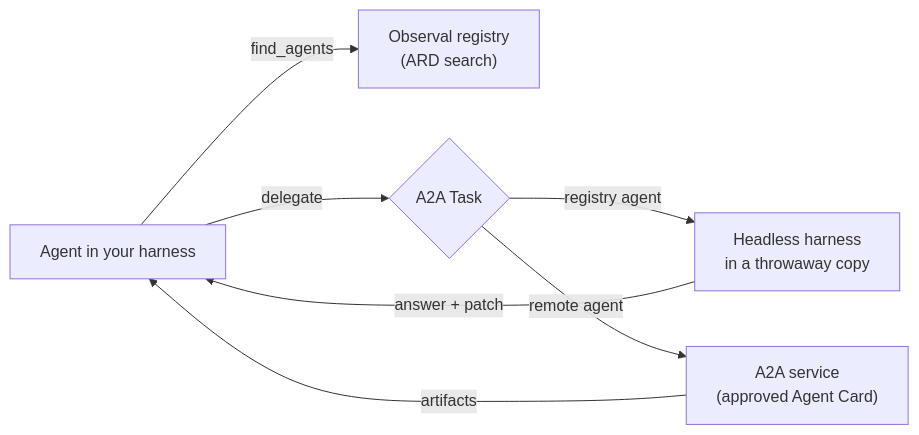
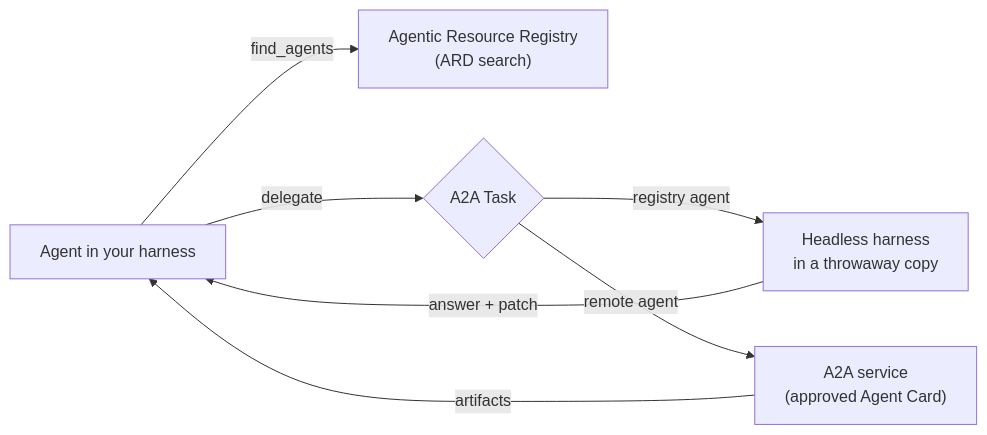
The diagram in README.md (AgenticResourceRegistry/AgenticResourceRegistry), drawn with Mermaid before and after one commit. The commit also changed other lines of this file and 111 other files, not shown here.

````diff
--- a/README.md
+++ b/README.md
@@ -224,9 +234,9 @@
 ```mermaid
 flowchart LR
-    A["Agent in your harness"] -- "find_agents" --> R["Observal registry<br/>(ARD search)"]
+    A["Agent in your harness"] -- "find_agents" --> R["Agentic Resource Registry<br/>(ARD search)"]
     A -- "delegate" --> T{"A2A Task"}
     T -- "registry agent" --> H["Headless harness<br/>in a throwaway copy"]
     T -- "remote agent" --> S["A2A service<br/>(approved Agent Card)"]
     H -- "answer + patch" --> A
     S -- "artifacts" --> A
 ```
````
